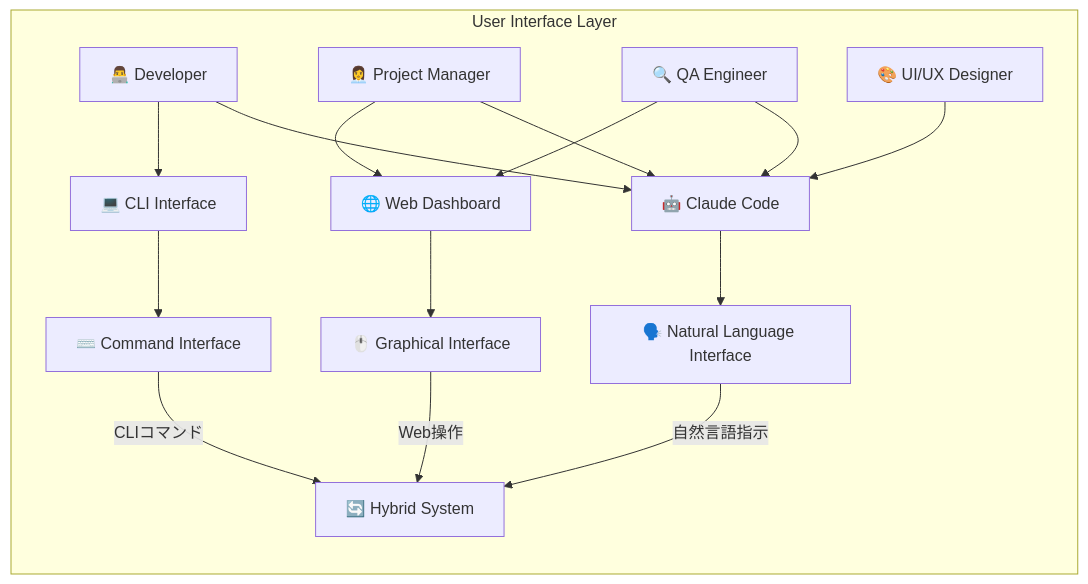
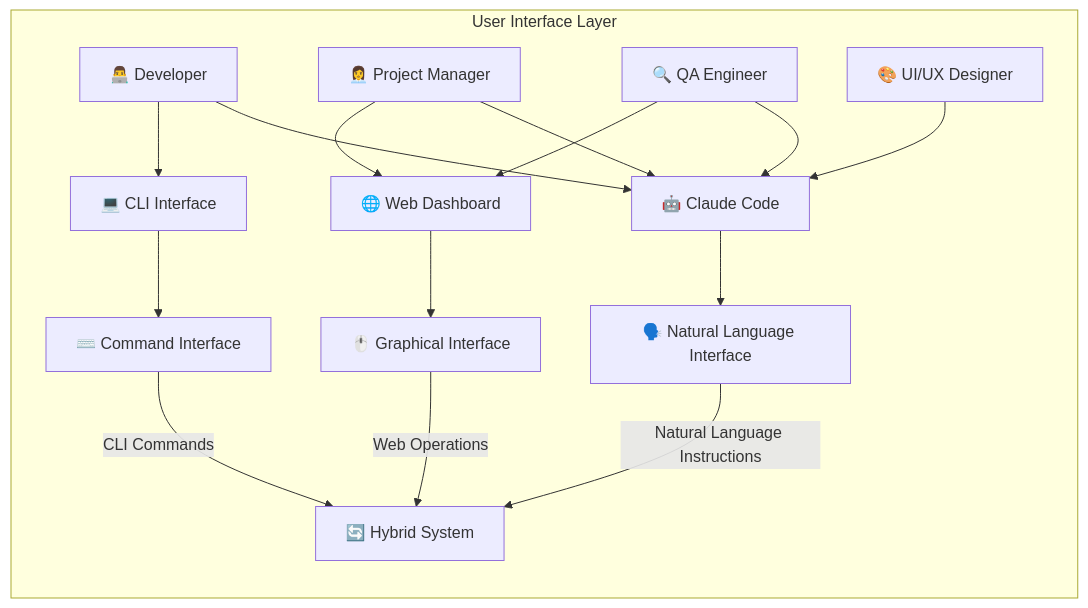
One commit to itdojp/ae-framework changed the second of 4 diagrams in docs/architecture/AE-FRAMEWORK-ARCHITECTURE-2025.md. Above: the diagram before and after it, drawn with Mermaid. The commit also changed other lines of this file and 39 other files, not shown here.

````diff
--- a/docs/architecture/AE-FRAMEWORK-ARCHITECTURE-2025.md
+++ b/docs/architecture/AE-FRAMEWORK-ARCHITECTURE-2025.md
@@ -331,26 +372,26 @@
 ```mermaid
 graph LR
     subgraph "User Interface Layer"
         DEV[👨‍💻 Developer]
         PM[👩‍💼 Project Manager]
         QA[🔍 QA Engineer]
         DESIGNER[🎨 UI/UX Designer]
         
         DEV --> CC[🤖 Claude Code]
         PM --> CC
         QA --> CC
         DESIGNER --> CC
         
         DEV --> CLI[💻 CLI Interface]
         PM --> WEB[🌐 Web Dashboard]
         QA --> WEB
         
         CC --> NL[🗣️ Natural Language Interface]
         CLI --> CMD[⌨️ Command Interface] 
         WEB --> GUI[🖱️ Graphical Interface]
         
-        NL --> |"自然言語指示"| HYBRID[🔄 Hybrid System]
-        CMD --> |"CLIコマンド"| HYBRID
-        GUI --> |"Web操作"| HYBRID
+        NL --> |"Natural Language Instructions"| HYBRID[🔄 Hybrid System]
+        CMD --> |"CLI Commands"| HYBRID
+        GUI --> |"Web Operations"| HYBRID
     end
 ```
````
